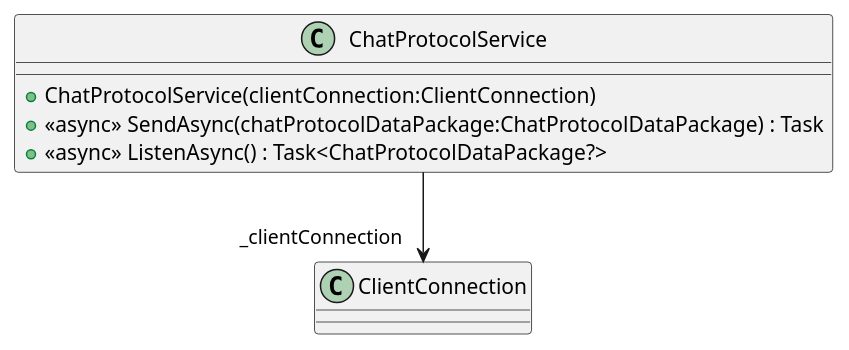
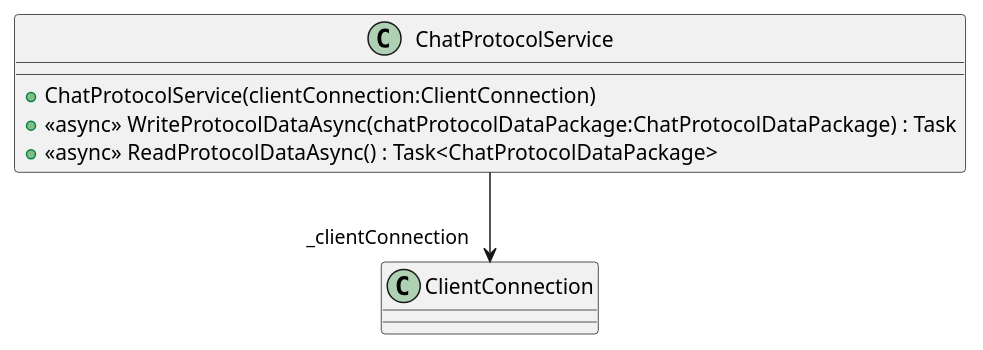
The diagram in chatApp.Server/puml/Services/ChatProtocolService/ChatProtocolService.puml (luca-weinert/chatApp), drawn with PlantUML before and after one commit. The commit also changed 49 other files, not shown here.

Commit message:
feat: introduce uml class diagrams

```diff
--- a/chatApp.Server/puml/Services/ChatProtocolService/ChatProtocolService.puml
+++ b/chatApp.Server/puml/Services/ChatProtocolService/ChatProtocolService.puml
@@ -1,8 +1,8 @@
 @startuml
 class ChatProtocolService {
     + ChatProtocolService(clientConnection:ClientConnection)
-    + <<async>> SendAsync(chatProtocolDataPackage:ChatProtocolDataPackage) : Task
-    + <<async>> ListenAsync() : Task<ChatProtocolDataPackage?>
+    + <<async>> WriteProtocolDataAsync(chatProtocolDataPackage:ChatProtocolDataPackage) : Task
+    + <<async>> ReadProtocolDataAsync() : Task<ChatProtocolDataPackage>
 }
 ChatProtocolService --> "_clientConnection" ClientConnection
 @enduml
```
